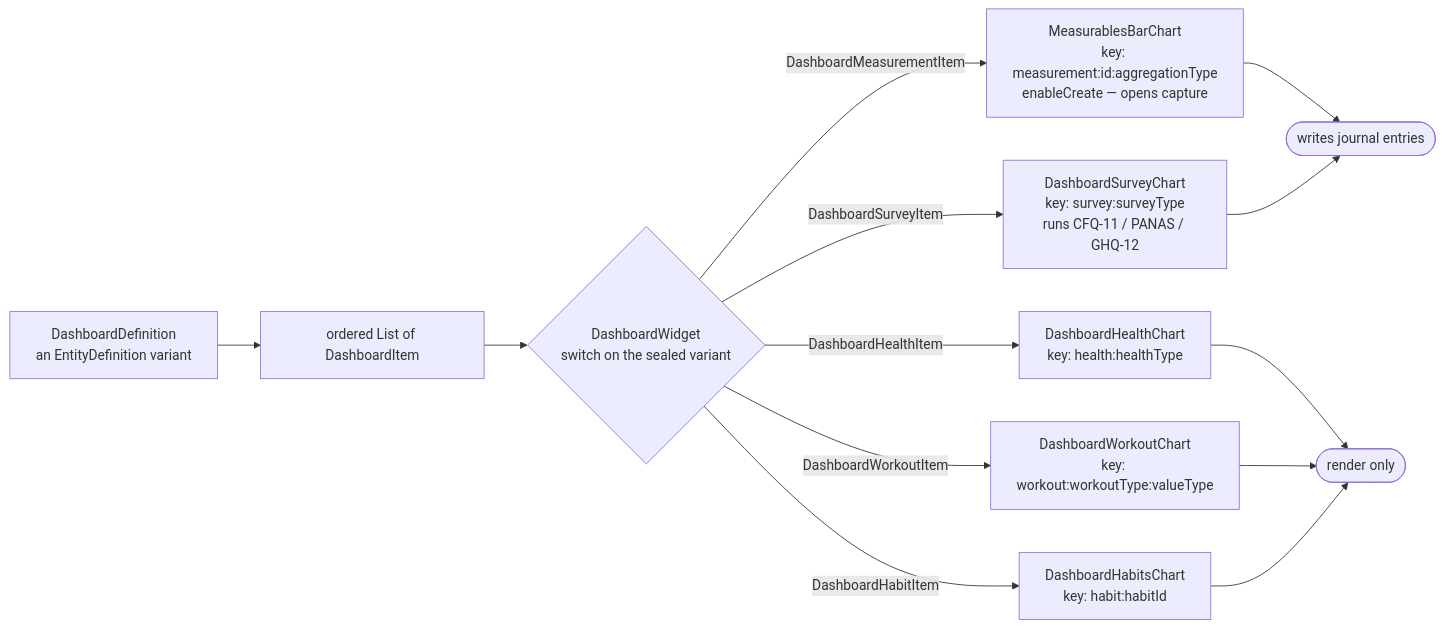
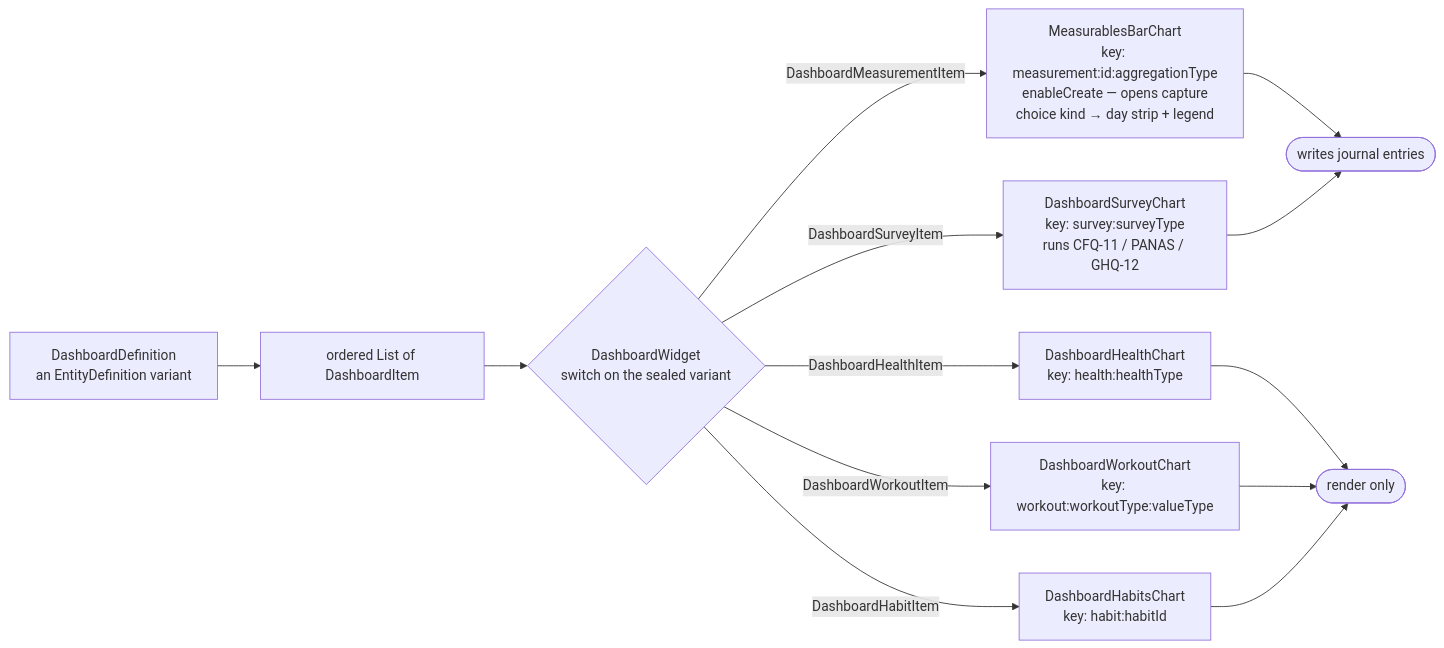
Before and after one commit to matthiasn/lotti: the first of 2 diagrams in knowledge/features/dashboards.md, drawn with Mermaid. The commit also changed other lines of this file and 87 other files, not shown here.

Commit message:
feat(measurables): record a choice instead of a number

````diff
--- a/knowledge/features/dashboards.md
+++ b/knowledge/features/dashboards.md
@@ -49,17 +49,17 @@
 ```mermaid
 flowchart LR
   Def["DashboardDefinition<br/>an EntityDefinition variant"] --> Items["ordered List of DashboardItem"]
   Items --> Sw{"DashboardWidget<br/>switch on the sealed variant"}
 
-  Sw -->|DashboardMeasurementItem| M["MeasurablesBarChart<br/>key: measurement:id:aggregationType<br/>enableCreate — opens capture"]
+  Sw -->|DashboardMeasurementItem| M["MeasurablesBarChart<br/>key: measurement:id:aggregationType<br/>enableCreate — opens capture<br/>choice kind → day strip + legend"]
   Sw -->|DashboardSurveyItem| S["DashboardSurveyChart<br/>key: survey:surveyType<br/>runs CFQ-11 / PANAS / GHQ-12"]
   Sw -->|DashboardHealthItem| H["DashboardHealthChart<br/>key: health:healthType"]
   Sw -->|DashboardWorkoutItem| W["DashboardWorkoutChart<br/>key: workout:workoutType:valueType"]
   Sw -->|DashboardHabitItem| B["DashboardHabitsChart<br/>key: habit:habitId"]
 
   M --> Write(["writes journal entries"])
   S --> Write
   H --> Read(["render only"])
   W --> Read
   B --> Read
 ```
````
